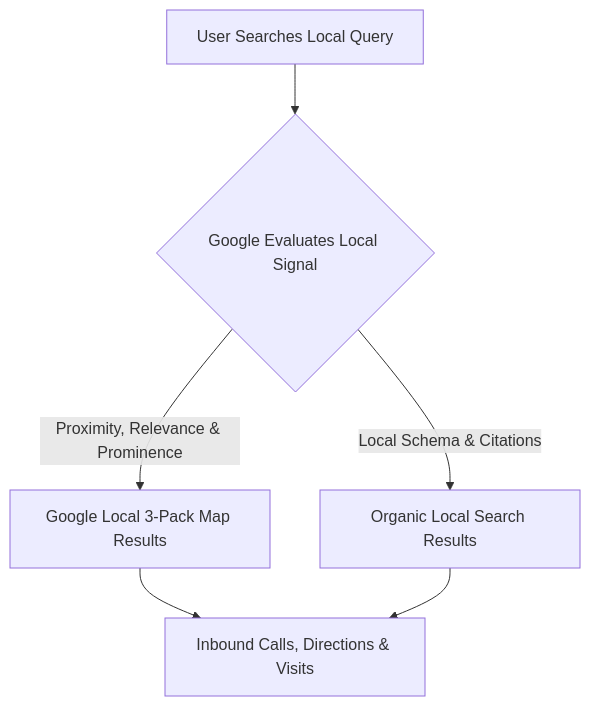
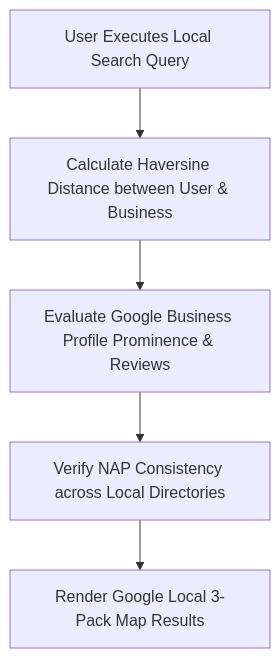
The diagram in local-seo/README.md (seoerai/seo), drawn with Mermaid before and after one commit. The commit also changed other lines of this file and 5 other files, not shown here.

Commit message:
docs: expand Off-Page TrustRank, Local Haversine, E-Commerce Facets, Global Hreflang, HTTPS and Sitemap specs

````diff
--- a/local-seo/README.md
+++ b/local-seo/README.md
@@ -11,8 +11,7 @@
 ```mermaid
 flowchart TD
-    A[User Searches Local Query] --> B{Google Evaluates Local Signal}
-    B -->|Proximity, Relevance & Prominence| C[Google Local 3-Pack Map Results]
-    B -->|Local Schema & Citations| D[Organic Local Search Results]
-    C --> E[Inbound Calls, Directions & Visits]
-    D --> E
+    A[User Executes Local Search Query] --> B[Calculate Haversine Distance between User & Business]
+    B --> C[Evaluate Google Business Profile Prominence & Reviews]
+    C --> D[Verify NAP Consistency across Local Directories]
+    D --> E[Render Google Local 3-Pack Map Results]
 ```
````
